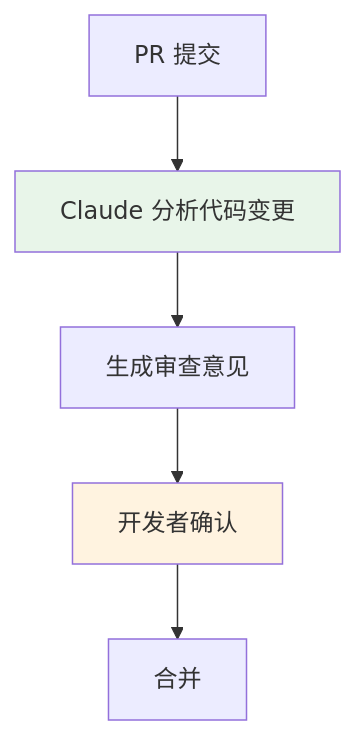
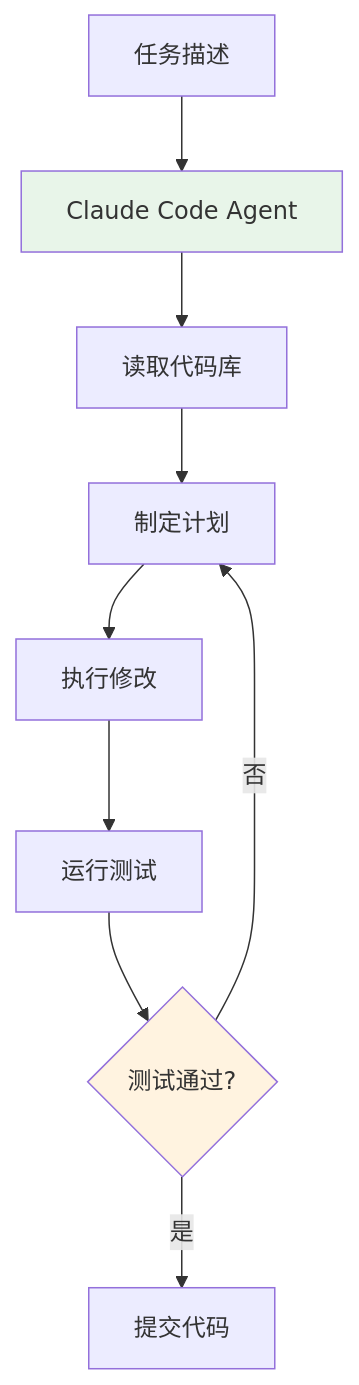
The third of 3 diagrams in reports/case-studies/anthropic-enterprise.md (wqwz111/Tech-Researcher), drawn with Mermaid before and after one commit. The commit also changed other lines of this file and 27 other files, not shown here.

````diff
--- a/reports/case-studies/anthropic-enterprise.md
+++ b/reports/case-studies/anthropic-enterprise.md
@@ -175,6 +221,13 @@
 ```mermaid
 flowchart TD
-    A["PR 提交"] --> B["Claude 分析代码变更"] --> C["生成审查意见"] --> D["开发者确认"] --> E["合并"]
+    A["任务描述"] --> B["Claude Code Agent"]
+    B --> C["读取代码库"]
+    C --> D["制定计划"]
+    D --> E["执行修改"]
+    E --> F["运行测试"]
+    F --> G{"测试通过?"}
+    G -- 否 --> D
+    G -- 是 --> H["提交代码"]
     style B fill:#e8f5e9
-    style D fill:#fff3e0
+    style G fill:#fff3e0
 ```
````
